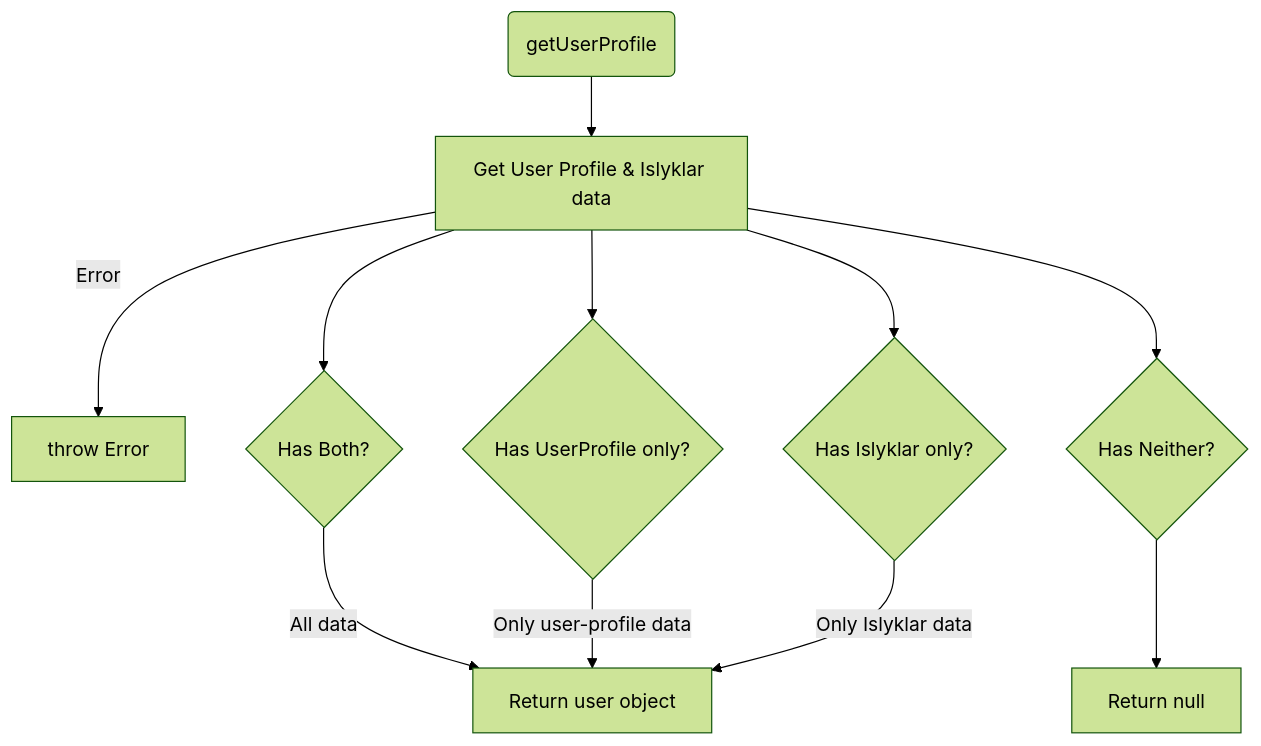
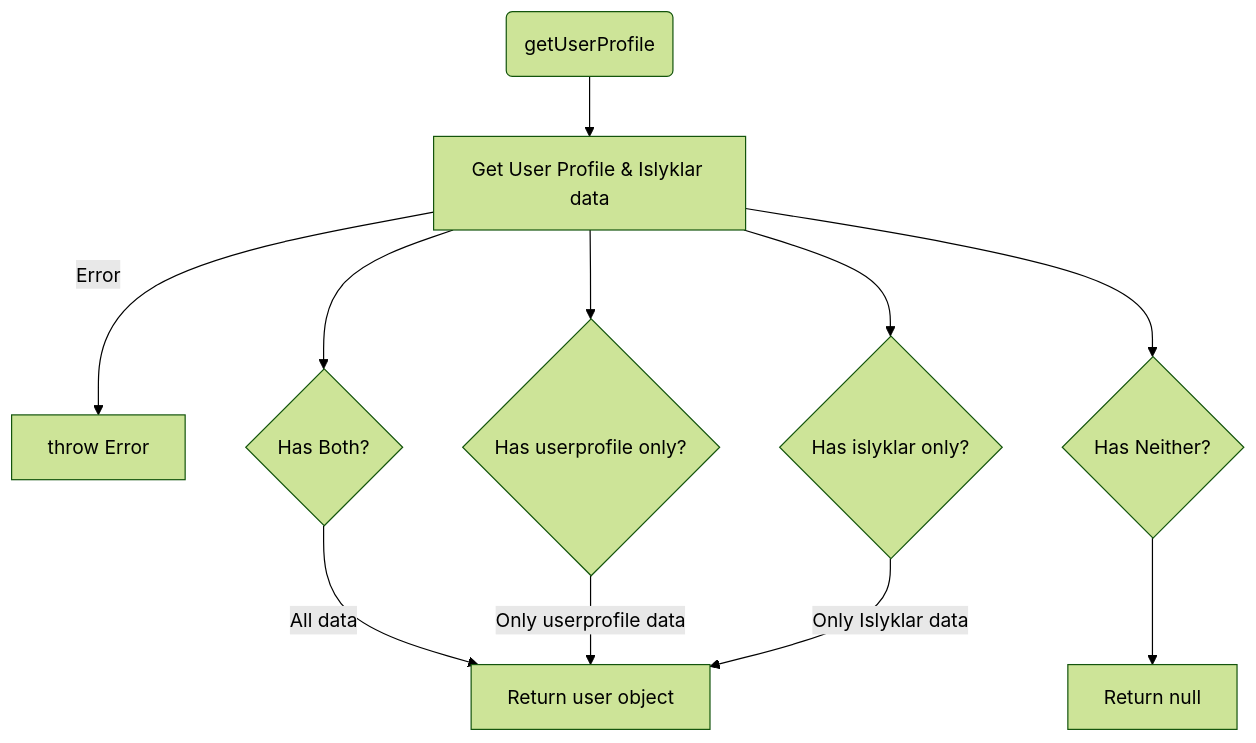
Before and after one commit to island-is/island.is: the diagram in libs/api/domains/user-profile/README.md, drawn with Mermaid (forest theme). The commit also changed other lines of this file and 452 other files, not shown here.

````diff
--- a/libs/api/domains/user-profile/README.md
+++ b/libs/api/domains/user-profile/README.md
@@ -29,13 +33,15 @@
 ```mermaid
+
 graph TD
+
 START(getUserProfile) --> GET[Get User Profile & Islyklar data]
 GET -- Error --> E[throw Error]
-GET --> HAS_IL{Has Islyklar only?}
-GET --> HAS_UP{Has UserProfile only?}
+GET --> HAS_IL{Has islyklar only?}
+GET --> HAS_UP{Has userprofile only?}
 GET --> HAS_BOTH{Has Both?}
 GET --> HAS_NO{Has Neither?}
 HAS_BOTH -- All data --> RETURN[Return user object]
-HAS_UP -- Only user-profile data --> RETURN[Return user object]
+HAS_UP -- Only userprofile data --> RETURN[Return user object]
 HAS_IL -- Only Islyklar data --> RETURN[Return user object]
 HAS_NO --> RET_NULL[Return null]
 ```
````
